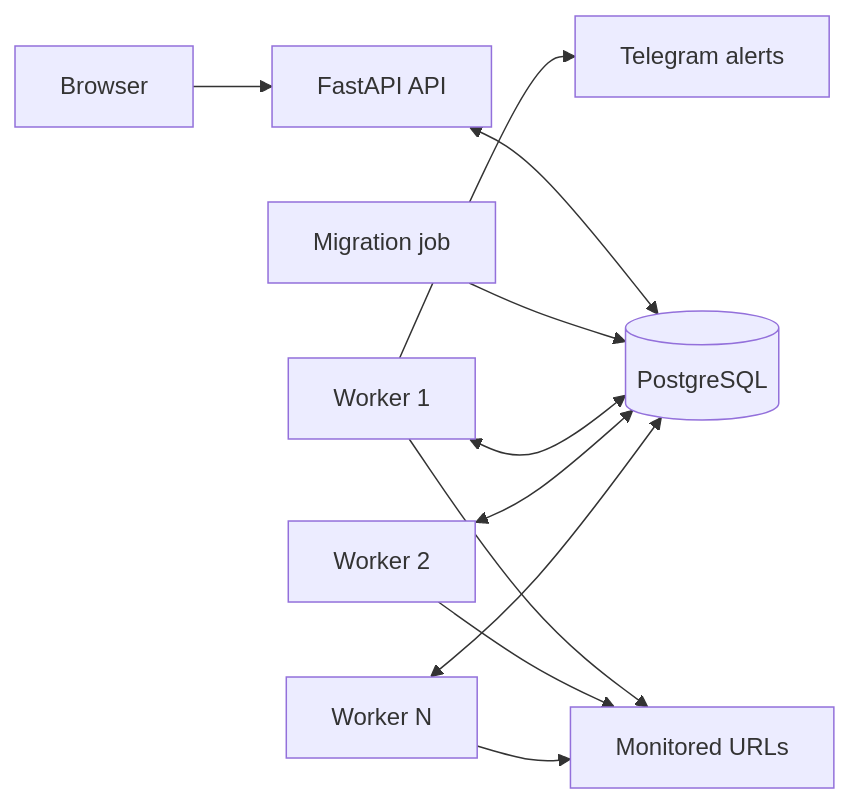
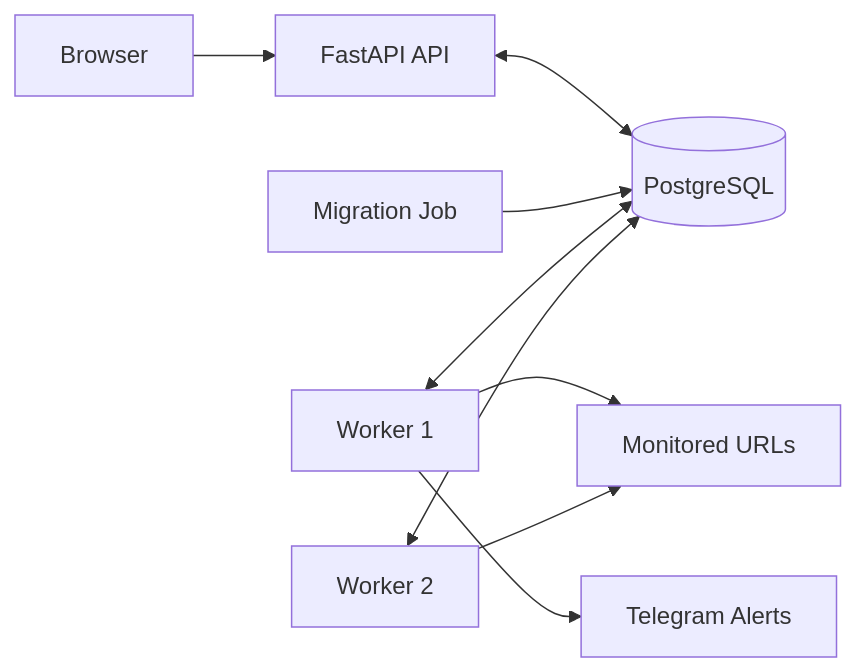
One commit to Aanushka001/uptimemonitor changed the diagram in README.md. Above: the diagram before and after it, drawn with Mermaid. The commit also changed other lines of this file, not shown here.

````diff
--- a/README.md
+++ b/README.md
@@ -106,25 +36,11 @@
 ```mermaid
-
 flowchart LR
-
-    Browser["Browser"] --> API["FastAPI API"]
-
-    API <--> DB[("PostgreSQL")]
-
-    Migrate["Migration job"] --> DB
-
-    W1["Worker 1"] <--> DB
-
-    W2["Worker 2"] <--> DB
-
-    WN["Worker N"] <--> DB
-
-    W1 --> Targets["Monitored URLs"]
-
-    W2 --> Targets
-
-    WN --> Targets
-
-    W1 --> Telegram["Telegram alerts"]
-
+    Browser["Browser"] --> API["FastAPI API"]
+    API <--> DB[("PostgreSQL")]
+    Migrate["Migration Job"] --> DB
+    W1["Worker 1"] <--> DB
+    W2["Worker 2"] <--> DB
+    W1 --> Targets["Monitored URLs"]
+    W2 --> Targets
+    W1 --> Telegram["Telegram Alerts"]
 ```
````
